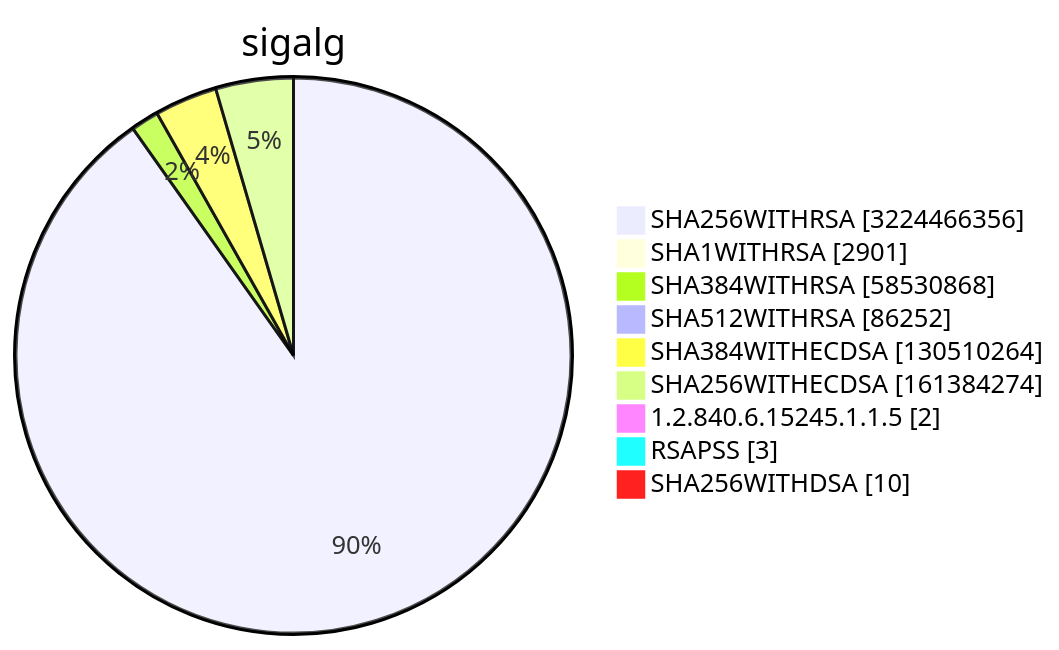
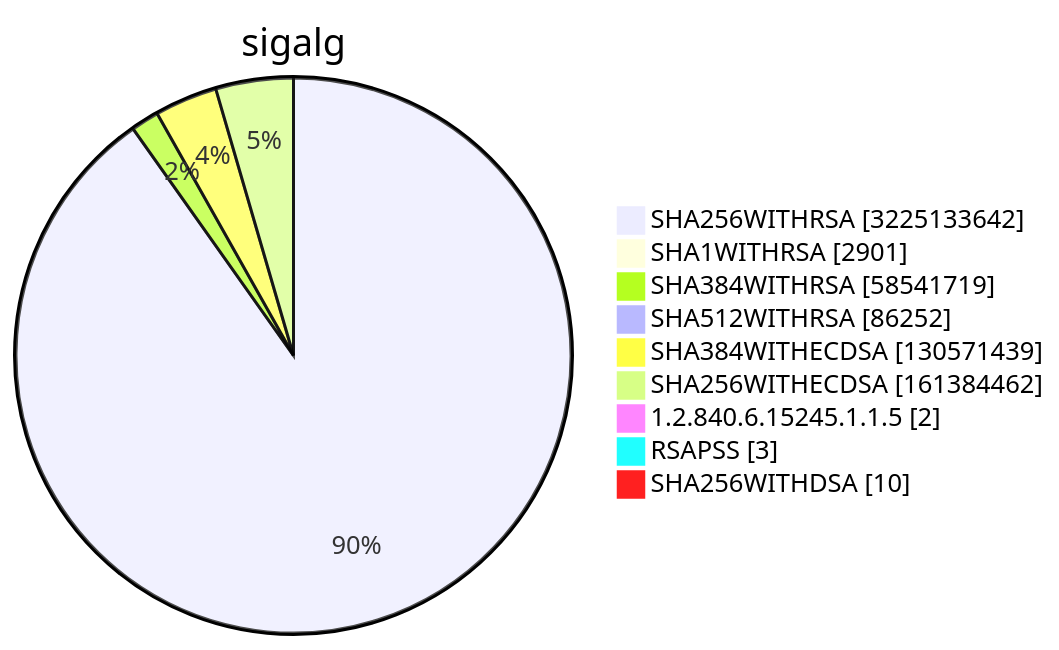
One commit to christiankrug/ctmonitor_visualization changed diagram 15 of 15 in TOTAL/README.md. Above: the diagram before and after it, drawn with Mermaid. The commit also changed other lines of this file, not shown here.

````diff
--- a/TOTAL/README.md
+++ b/TOTAL/README.md
@@ -6217,13 +6217,13 @@
 ```mermaid
 pie showData
 title sigalg
-"SHA256WITHRSA" :3224466356
+"SHA256WITHRSA" :3225133642
 "SHA1WITHRSA" :2901
-"SHA384WITHRSA" :58530868
+"SHA384WITHRSA" :58541719
 "SHA512WITHRSA" :86252
-"SHA384WITHECDSA" :130510264
-"SHA256WITHECDSA" :161384274
+"SHA384WITHECDSA" :130571439
+"SHA256WITHECDSA" :161384462
 "1.2.840.6.15245.1.1.5" :2
 "RSAPSS" :3
 "SHA256WITHDSA" :10
 ```
````
